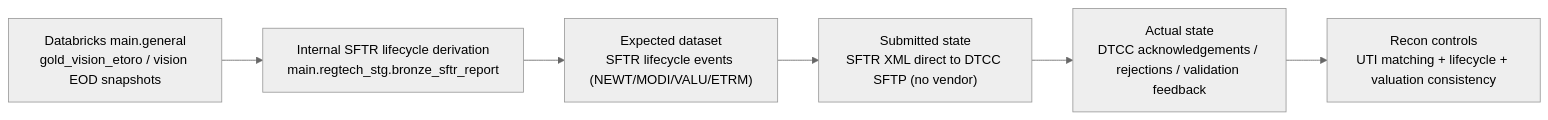
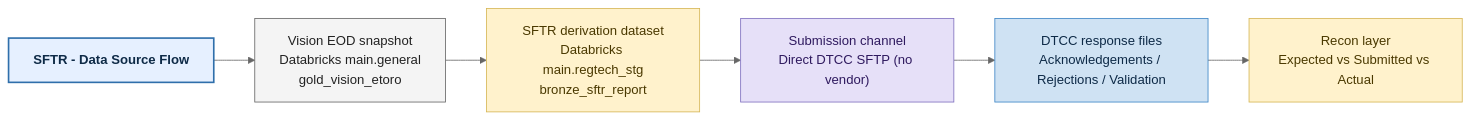
One commit to valentinosko-hub/RegTech changed the diagram in docs/reporting-model-sftr-data-sources.md. Above: the diagram before and after it, drawn with Mermaid (neutral theme). The commit also changed other lines of this file and 15 other files, not shown here.

Commit message:
Style per-model diagrams with title and state colors

````diff
--- a/docs/reporting-model-sftr-data-sources.md
+++ b/docs/reporting-model-sftr-data-sources.md
@@ -3,11 +3,24 @@
 ```mermaid
 flowchart LR
-  S1["Databricks main.general<br/>gold_vision_etoro / vision EOD snapshots"]
-  S2["Internal SFTR lifecycle derivation<br/>main.regtech_stg.bronze_sftr_report"]
-  EXP["Expected dataset<br/>SFTR lifecycle events (NEWT/MODI/VALU/ETRM)"]
-  SUB["Submitted state<br/>SFTR XML direct to DTCC SFTP (no vendor)"]
-  ACT["Actual state<br/>DTCC acknowledgements / rejections / validation feedback"]
-  RECON["Recon controls<br/>UTI matching + lifecycle + valuation consistency"]
+  T["SFTR - Data Source Flow"]
+  S1["Vision EOD snapshot<br/>Databricks main.general<br/>gold_vision_etoro"]
+  S2["SFTR derivation dataset<br/>Databricks main.regtech_stg<br/>bronze_sftr_report"]
+  S3["Submission channel<br/>Direct DTCC SFTP (no vendor)"]
+  S4["DTCC response files<br/>Acknowledgements / Rejections / Validation"]
+  S5["Recon layer<br/>Expected vs Submitted vs Actual"]
 
-  S1 --> S2 --> EXP --> SUB --> ACT --> RECON
+  T --> S1
+  S1 --> S2 --> S3 --> S4 --> S5
+
+  classDef title fill:#e6f0ff,stroke:#2f6fab,stroke-width:2px,color:#0e2a47,font-weight:bold;
+  classDef expected fill:#fff2cc,stroke:#d6b656,stroke-width:1px,color:#4a3900;
+  classDef submitted fill:#e6e0f8,stroke:#7f70bf,stroke-width:1px,color:#2f1a5f;
+  classDef actual fill:#cfe2f3,stroke:#3d85c6,stroke-width:1px,color:#0e2a47;
+  classDef neutral fill:#f4f4f4,stroke:#666,stroke-width:1px,color:#222;
+
+  class T title;
+  class S2,S5 expected;
+  class S3 submitted;
+  class S4 actual;
+  class S1 neutral;
 ```
````
